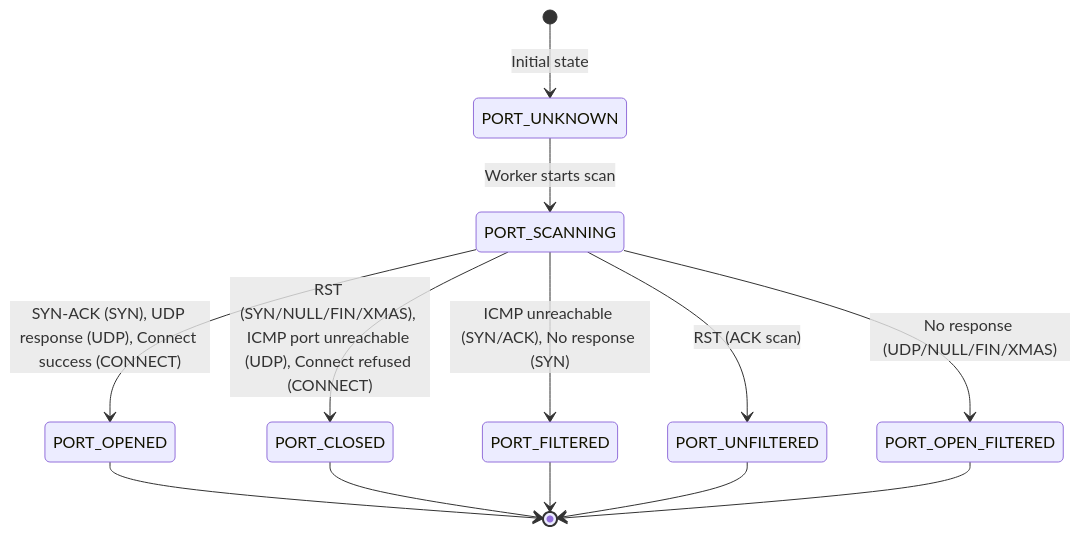
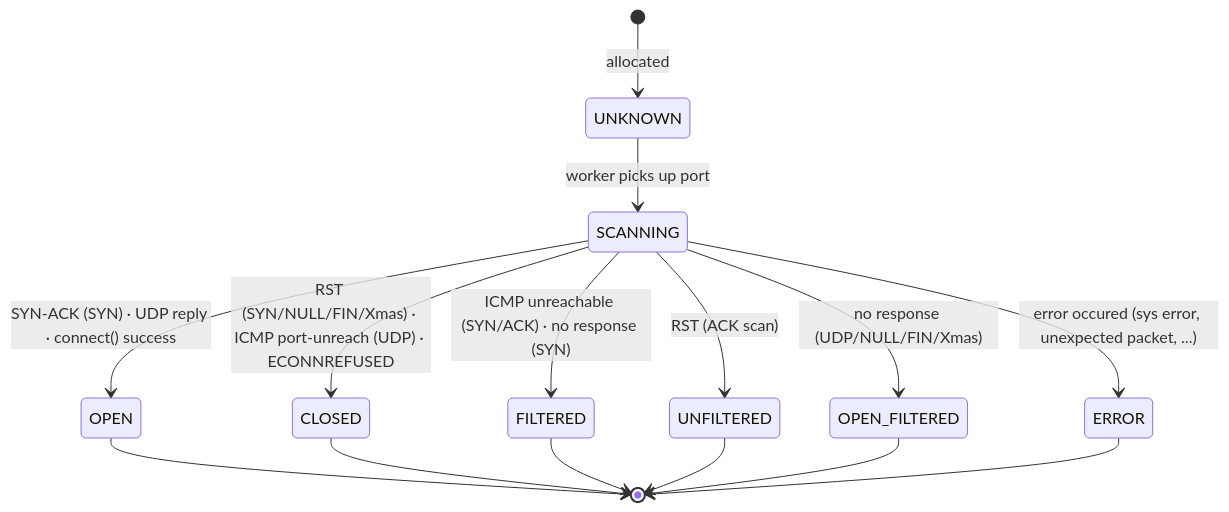
The second of 6 diagrams in nmap_architecture.md (Anvently/nmap), drawn with Mermaid before and after one commit. The commit also changed other lines of this file and 3 other files, not shown here.

Commit message:
added readme and updated architecture

````diff
--- a/nmap_architecture.md
+++ b/nmap_architecture.md
@@ -436,18 +85,20 @@
 ```mermaid
 stateDiagram-v2
-    [*] --> PORT_UNKNOWN: Initial state
-    
-    PORT_UNKNOWN --> PORT_SCANNING: Worker starts scan
-    
-    PORT_SCANNING --> PORT_OPENED: SYN-ACK (SYN), UDP response (UDP), Connect success (CONNECT)
-    PORT_SCANNING --> PORT_CLOSED: RST (SYN/NULL/FIN/XMAS), ICMP port unreachable (UDP), Connect refused (CONNECT)
-    PORT_SCANNING --> PORT_FILTERED: ICMP unreachable (SYN/ACK), No response (SYN)
-    PORT_SCANNING --> PORT_UNFILTERED: RST (ACK scan)
-    PORT_SCANNING --> PORT_OPEN_FILTERED: No response (UDP/NULL/FIN/XMAS)
-    
-    PORT_OPENED --> [*]
-    PORT_CLOSED --> [*]
-    PORT_FILTERED --> [*]
-    PORT_UNFILTERED --> [*]
-    PORT_OPEN_FILTERED --> [*]
+    [*] --> UNKNOWN : allocated
+
+    UNKNOWN --> SCANNING : worker picks up port
+
+    SCANNING --> OPEN           : SYN-ACK (SYN) · UDP reply · connect() success
+    SCANNING --> CLOSED         : RST (SYN/NULL/FIN/Xmas) · ICMP port-unreach (UDP) · ECONNREFUSED
+    SCANNING --> FILTERED       : ICMP unreachable (SYN/ACK) · no response (SYN)
+    SCANNING --> UNFILTERED     : RST (ACK scan)
+    SCANNING --> OPEN_FILTERED  : no response (UDP/NULL/FIN/Xmas)
+    SCANNING --> ERROR  : error occured (sys error, unexpected packet, ...)
+
+    OPEN           --> [*]
+    CLOSED         --> [*]
+    FILTERED       --> [*]
+    UNFILTERED     --> [*]
+    OPEN_FILTERED  --> [*]
+    ERROR  --> [*]
 ```
````
